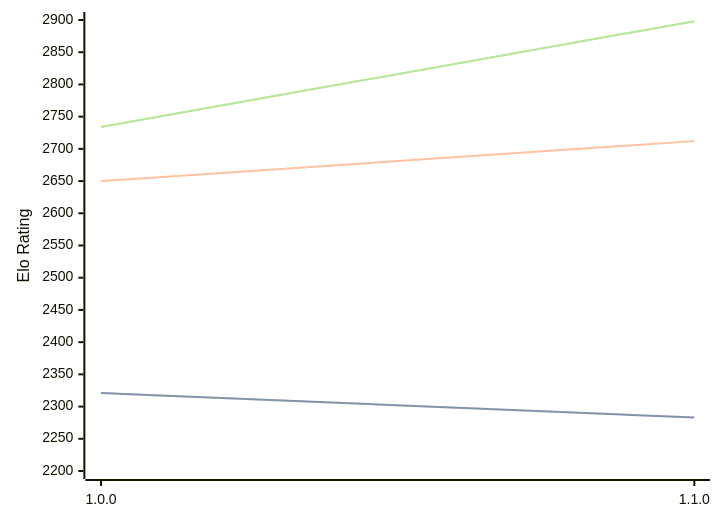
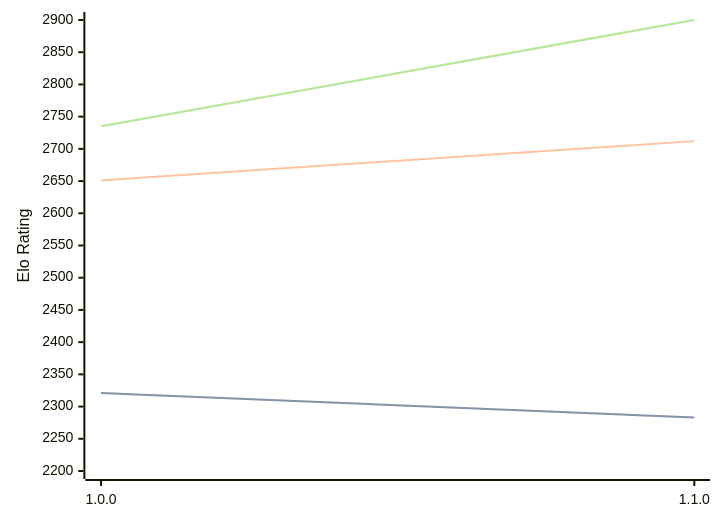
The third of 3 diagrams in engines/ShallowGuess.md (computer-chess-index/cci), drawn with Mermaid before and after one commit. The commit also changed other lines of this file, not shown here.

Commit message:
Update CCI Ratings (ELO VLTC) - 2026-07-12

````diff
--- a/engines/ShallowGuess.md
+++ b/engines/ShallowGuess.md
@@ -69,11 +69,11 @@
 ```mermaid
 %%{init: {"theme":"base","themeVariables":{"seriesColors:['#a3a3a3','#222221','#faa371']}}}%%
 xychart-beta
   x-axis ["1.0.0", "1.1.0"]
   y-axis "Elo Rating" 2200 --> 2900
   line "STC (8.0+0.08s)" [2321, 2283]
   line "STC (8.0+0.08s)" [2321, 2283]
-  line "LTC (60.0+0.60s)" [2650, 2712]
-  line "VLTC (2m24s+1.12s)" [2734, 2898]
-  line "VLTC (2m24s+1.12s)" [2734, 2898]
+  line "LTC (60.0+0.60s)" [2651, 2712]
+  line "VLTC (2m24s+1.12s)" [2735, 2900]
+  line "VLTC (2m24s+1.12s)" [2735, 2900]
 ```
````
